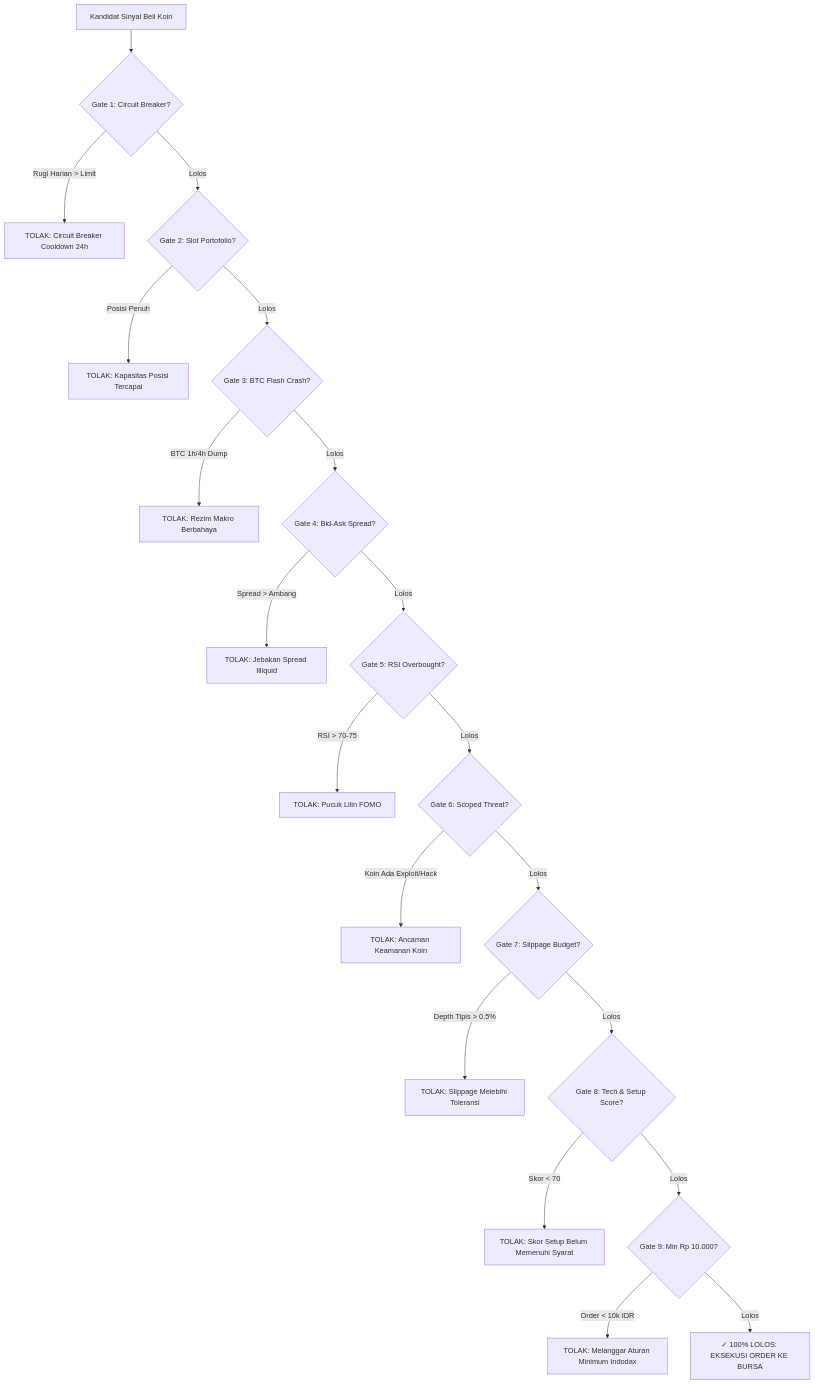
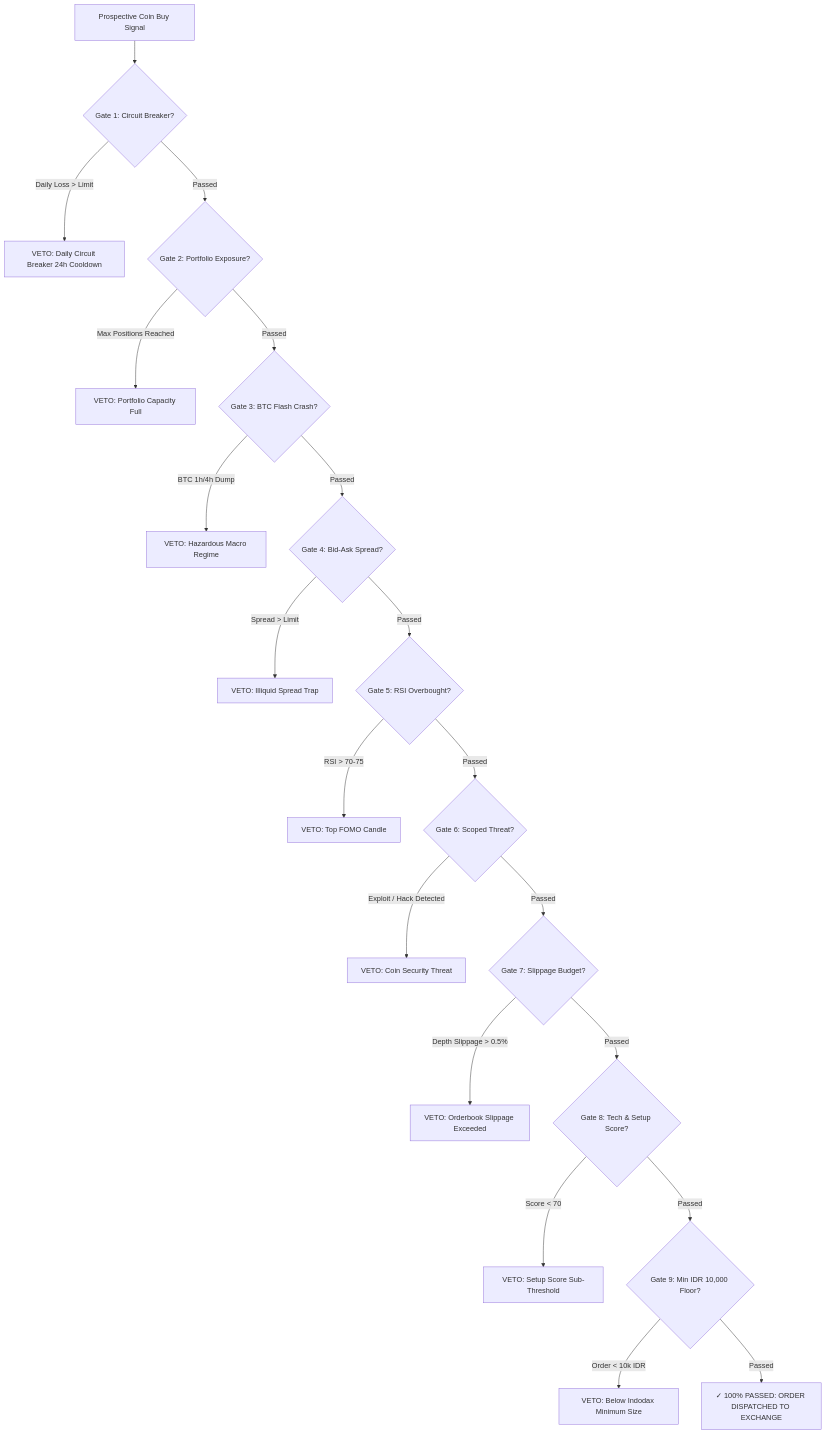
One commit to 0xFE1C/AI-Trading changed the second of 2 diagrams in README.md. Above: the diagram before and after it, drawn with Mermaid. The commit also changed other lines of this file and 16 other files, not shown here.

````diff
--- a/README.md
+++ b/README.md
@@ -196,22 +199,22 @@
 ```mermaid
 graph TD
-    Cand[Kandidat Sinyal Beli Koin] --> G1{Gate 1: Circuit Breaker?}
-    G1 -- Rugi Harian &gt; Limit --> V1[TOLAK: Circuit Breaker Cooldown 24h]
-    G1 -- Lolos --> G2{Gate 2: Slot Portofolio?}
-    G2 -- Posisi Penuh --> V2[TOLAK: Kapasitas Posisi Tercapai]
-    G2 -- Lolos --> G3{Gate 3: BTC Flash Crash?}
-    G3 -- BTC 1h/4h Dump --> V3[TOLAK: Rezim Makro Berbahaya]
-    G3 -- Lolos --> G4{Gate 4: Bid-Ask Spread?}
-    G4 -- Spread &gt; Ambang --> V4[TOLAK: Jebakan Spread Illiquid]
-    G4 -- Lolos --> G5{Gate 5: RSI Overbought?}
-    G5 -- RSI &gt; 70-75 --> V5[TOLAK: Pucuk Lilin FOMO]
-    G5 -- Lolos --> G6{Gate 6: Scoped Threat?}
-    G6 -- Koin Ada Exploit/Hack --> V6[TOLAK: Ancaman Keamanan Koin]
-    G6 -- Lolos --> G7{Gate 7: Slippage Budget?}
-    G7 -- Depth Tipis &gt; 0.5% --> V7[TOLAK: Slippage Melebihi Toleransi]
-    G7 -- Lolos --> G8{Gate 8: Tech & Setup Score?}
-    G8 -- Skor &lt; 70 --> V8[TOLAK: Skor Setup Belum Memenuhi Syarat]
-    G8 -- Lolos --> G9{Gate 9: Min Rp 10.000?}
-    G9 -- Order &lt; 10k IDR --> V9[TOLAK: Melanggar Aturan Minimum Indodax]
-    G9 -- Lolos --> ACC[✓ 100% LOLOS: EKSEKUSI ORDER KE BURSA]
+    Cand[Prospective Coin Buy Signal] --> G1{Gate 1: Circuit Breaker?}
+    G1 -- Daily Loss &gt; Limit --> V1[VETO: Daily Circuit Breaker 24h Cooldown]
+    G1 -- Passed --> G2{Gate 2: Portfolio Exposure?}
+    G2 -- Max Positions Reached --> V2[VETO: Portfolio Capacity Full]
+    G2 -- Passed --> G3{Gate 3: BTC Flash Crash?}
+    G3 -- BTC 1h/4h Dump --> V3[VETO: Hazardous Macro Regime]
+    G3 -- Passed --> G4{Gate 4: Bid-Ask Spread?}
+    G4 -- Spread &gt; Limit --> V4[VETO: Illiquid Spread Trap]
+    G4 -- Passed --> G5{Gate 5: RSI Overbought?}
+    G5 -- RSI &gt; 70-75 --> V5[VETO: Top FOMO Candle]
+    G5 -- Passed --> G6{Gate 6: Scoped Threat?}
+    G6 -- Exploit / Hack Detected --> V6[VETO: Coin Security Threat]
+    G6 -- Passed --> G7{Gate 7: Slippage Budget?}
+    G7 -- Depth Slippage &gt; 0.5% --> V7[VETO: Orderbook Slippage Exceeded]
+    G7 -- Passed --> G8{Gate 8: Tech & Setup Score?}
+    G8 -- Score &lt; 70 --> V8[VETO: Setup Score Sub-Threshold]
+    G8 -- Passed --> G9{Gate 9: Min IDR 10,000 Floor?}
+    G9 -- Order &lt; 10k IDR --> V9[VETO: Below Indodax Minimum Size]
+    G9 -- Passed --> ACC[✓ 100% PASSED: ORDER DISPATCHED TO EXCHANGE]
 ```
````
